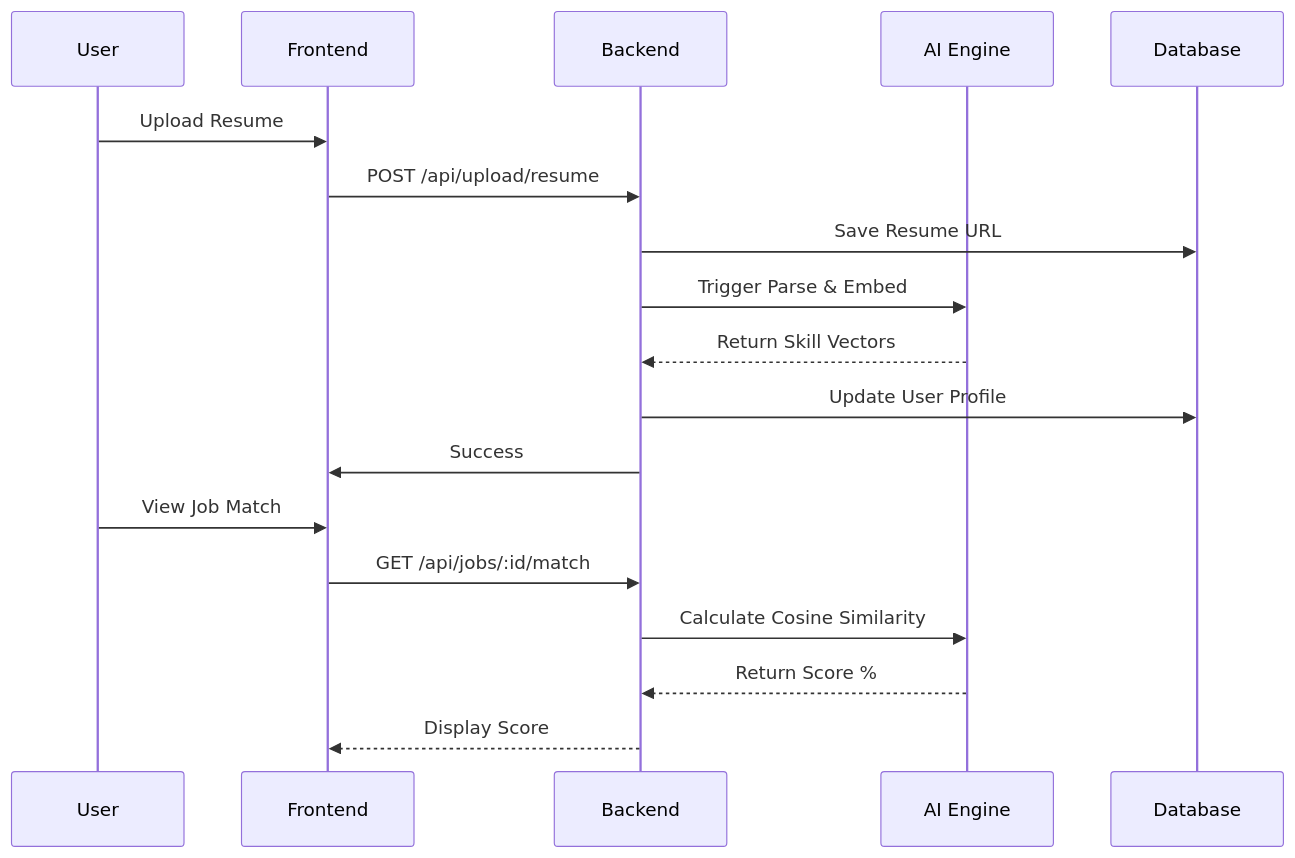
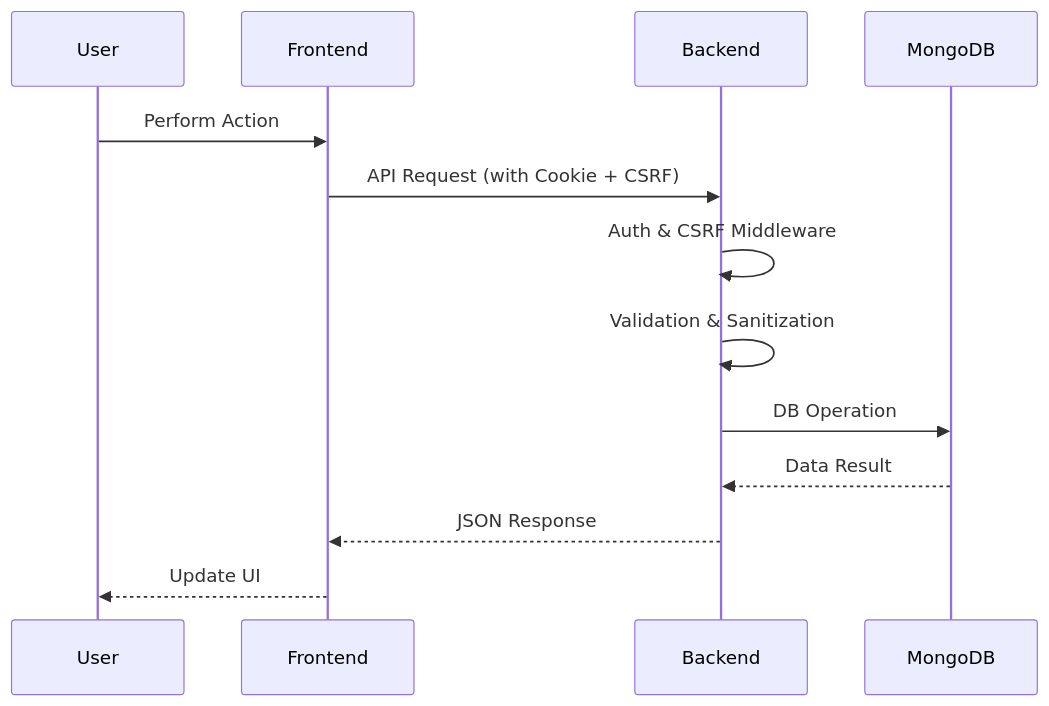
The fifth of 5 diagrams in RemoteFlex_Documentation.md (tendocalvin1/RemoteFlex), drawn with Mermaid before and after one commit. The commit also changed other lines of this file and 1 other file, not shown here.

````diff
--- a/RemoteFlex_Documentation.md
+++ b/RemoteFlex_Documentation.md
@@ -315,21 +240,16 @@
 ```mermaid
 sequenceDiagram
     participant U as User
     participant F as Frontend
     participant B as Backend
-    participant AI as AI Engine
-    participant DB as Database
+    participant DB as MongoDB
 
-    U->>F: Upload Resume
-    F->>B: POST /api/upload/resume
-    B->>DB: Save Resume URL
-    B->>AI: Trigger Parse & Embed
-    AI-->>B: Return Skill Vectors
-    B->>DB: Update User Profile
-    B->>F: Success
-    U->>F: View Job Match
-    F->>B: GET /api/jobs/:id/match
-    B->>AI: Calculate Cosine Similarity
-    AI-->>B: Return Score %
-    B-->>F: Display Score
+    U->>F: Perform Action
+    F->>B: API Request (with Cookie + CSRF)
+    B->>B: Auth & CSRF Middleware
+    B->>B: Validation & Sanitization
+    B->>DB: DB Operation
+    DB-->>B: Data Result
+    B-->>F: JSON Response
+    F-->>U: Update UI
 ```
````
